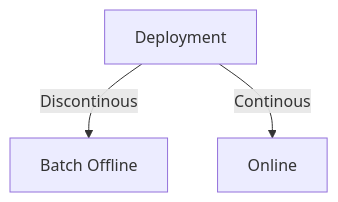
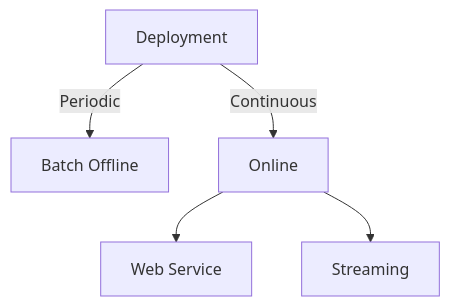
The diagram in README.md (mossdet/mlops-dlp), drawn with Mermaid before and after one commit. The commit also changed other lines of this file, not shown here.

````diff
--- a/README.md
+++ b/README.md
@@ -42,5 +67,7 @@
 ```mermaid
 graph TD
-    A[Deployment]--> |Discontinous| B[Batch Offline];
-    A--> |Continous| C[Online];
+    A[Deployment] --> |Periodic| B[Batch Offline]
+    A --> |Continuous| C[Online]
+    C --> D[Web Service]
+    C --> E[Streaming]
 ```
````
